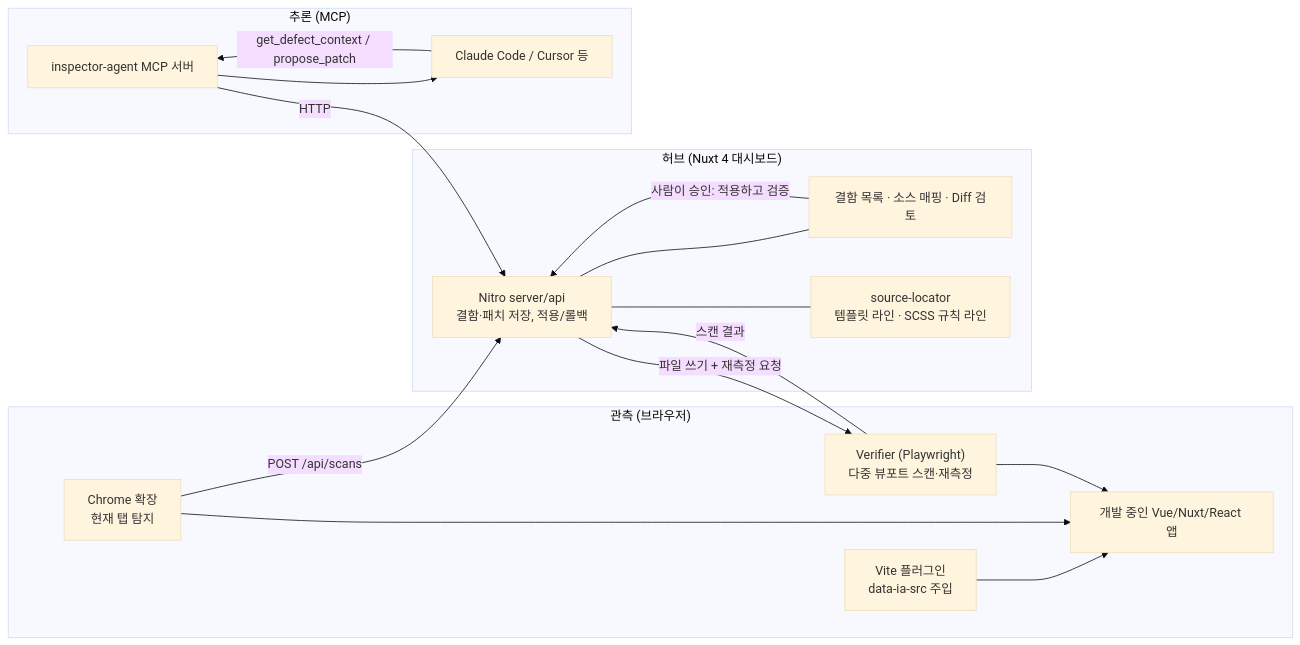
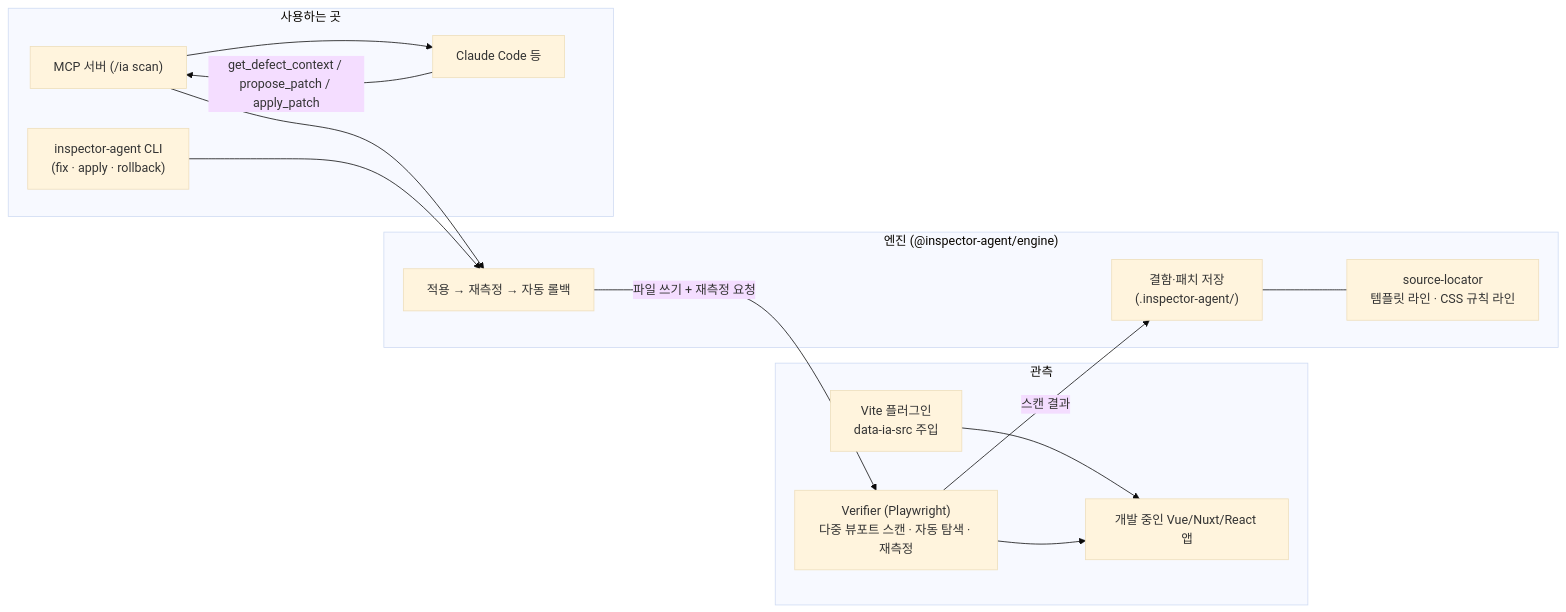
One commit to HamHyunJun/Inspector-Agent changed the diagram in docs/overview.md. Above: the diagram before and after it, drawn with Mermaid (base theme). The commit also changed other lines of this file and 97 other files, not shown here.

First line of the commit message:
refactor: 대시보드·Chrome 확장 제거, README·데모를 터미널/MCP 기준으로 정리

````diff
--- a/docs/overview.md
+++ b/docs/overview.md
@@ -38,27 +38,25 @@
 ```mermaid
 flowchart LR
-  subgraph Browser["관측 (브라우저)"]
+  subgraph App["관측"]
     VP["Vite 플러그인<br/>data-ia-src 주입"] --> PAGE["개발 중인 Vue/Nuxt/React 앱"]
-    EXT["Chrome 확장<br/>현재 탭 탐지"] --> PAGE
-    VER["Verifier (Playwright)<br/>다중 뷰포트 스캔·재측정"] --> PAGE
+    VER["Verifier (Playwright)<br/>다중 뷰포트 스캔 · 자동 탐색 · 재측정"] --> PAGE
   end
 
-  subgraph Hub["허브 (Nuxt 4 대시보드)"]
-    API["Nitro server/api<br/>결함·패치 저장, 적용/롤백"]
-    UI["결함 목록 · 소스 매핑 · Diff 검토"]
-    LOC["source-locator<br/>템플릿 라인 · SCSS 규칙 라인"]
-    API --- UI
-    API --- LOC
+  subgraph Core["엔진 (@inspector-agent/engine)"]
+    STORE["결함·패치 저장<br/>(.inspector-agent/)"]
+    LOC["source-locator<br/>템플릿 라인 · CSS 규칙 라인"]
+    APPLY["적용 → 재측정 → 자동 롤백"]
   end
 
-  subgraph Agent["추론 (MCP)"]
-    MCP["inspector-agent MCP 서버"] --> CC["Claude Code / Cursor 등"]
+  subgraph Use["사용하는 곳"]
+    MCP["MCP 서버 (/ia scan)"] --> CC["Claude Code 등"]
+    CLI["inspector-agent CLI<br/>(fix · apply · rollback)"]
   end
 
-  EXT -- "POST /api/scans" --> API
-  VER -- "스캔 결과" --> API
-  CC -- "get_defect_context / propose_patch" --> MCP
-  MCP -- "HTTP" --> API
-  UI -- "사람이 승인: 적용하고 검증" --> API
-  API -- "파일 쓰기 + 재측정 요청" --> VER
+  VER -- "스캔 결과" --> STORE
+  STORE --- LOC
+  CC -- "get_defect_context / propose_patch / apply_patch" --> MCP
+  MCP --> APPLY
+  CLI --> APPLY
+  APPLY -- "파일 쓰기 + 재측정 요청" --> VER
 ```
````
